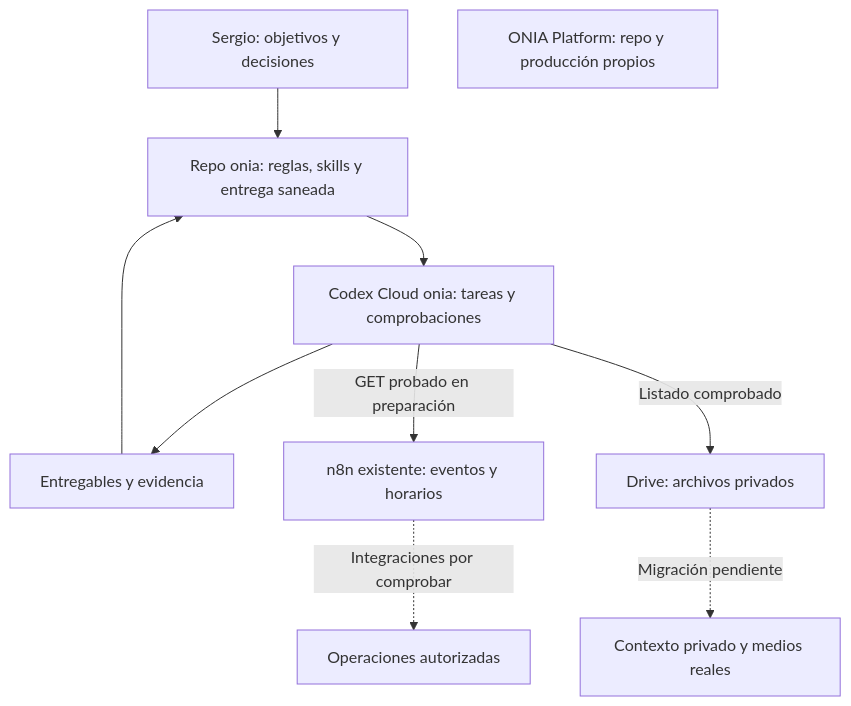
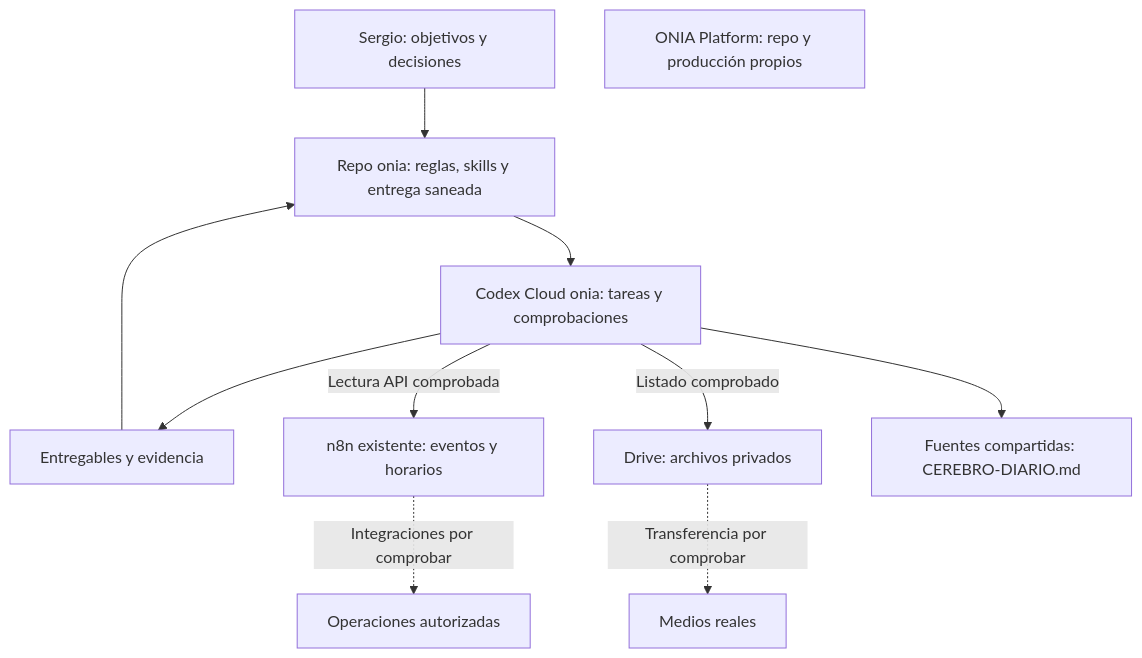
One commit to oninteligenciaartificial/onia changed the diagram in _investigacion-onia/base-operativa/arquitectura.md. Above: the diagram before and after it, drawn with Mermaid. The commit also changed other lines of this file and 35 other files, not shown here.

````diff
--- a/_investigacion-onia/base-operativa/arquitectura.md
+++ b/_investigacion-onia/base-operativa/arquitectura.md
@@ -9,12 +9,13 @@
 ```mermaid
 flowchart TD
     S[Sergio: objetivos y decisiones] --> R[Repo onia: reglas, skills y entrega saneada]
     R --> C[Codex Cloud onia: tareas y comprobaciones]
     C --> E[Entregables y evidencia]
     E --> R
-    C -->|GET probado en preparación| N[n8n existente: eventos y horarios]
+    C -->|Lectura API comprobada| N[n8n existente: eventos y horarios]
     C -->|Listado comprobado| A[Drive: archivos privados]
-    A -. Migración pendiente .-> K[Contexto privado y medios reales]
+    A -. Transferencia por comprobar .-> K[Medios reales]
+    C --> M[Fuentes compartidas: CEREBRO-DIARIO.md]
     N -. Integraciones por comprobar .-> O[Operaciones autorizadas]
     P[ONIA Platform: repo y producción propios]
 ```
````
